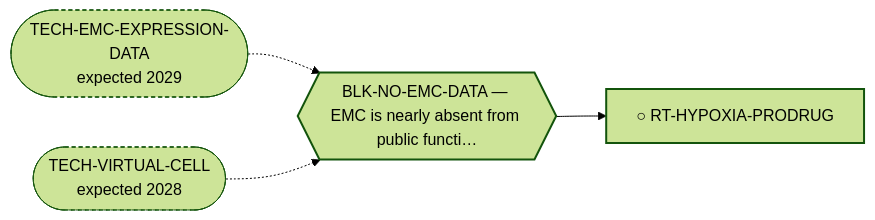
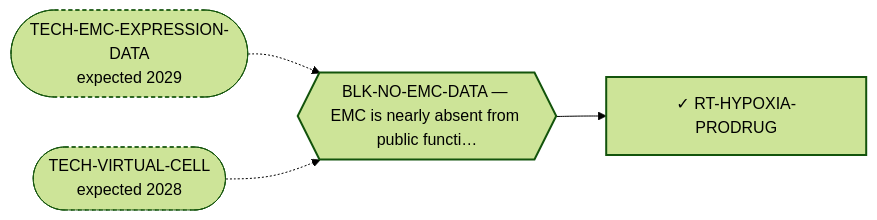
The diagram in systems/views/L2-rt-hypoxia-prodrug.md (trimcrae/Rare-cancers), drawn with Mermaid (forest theme) before and after one commit. The commit also changed other lines of this file and 17 other files, not shown here.

````diff
--- a/systems/views/L2-rt-hypoxia-prodrug.md
+++ b/systems/views/L2-rt-hypoxia-prodrug.md
@@ -27,14 +27,14 @@
 ```mermaid
 flowchart LR
-  RT_HYPOXIA_PRODRUG["○ RT-HYPOXIA-PRODRUG"]:::fam
+  RT_HYPOXIA_PRODRUG["✓ RT-HYPOXIA-PRODRUG"]:::fam
   BLK_NO_EMC_DATA{{"BLK-NO-EMC-DATA — EMC is nearly absent from public functi…"}}:::blk
   BLK_NO_EMC_DATA --> RT_HYPOXIA_PRODRUG
   TECH_EMC_EXPRESSION_DATA(["TECH-EMC-EXPRESSION-DATA<br/>expected 2029"]):::tech
   TECH_EMC_EXPRESSION_DATA -.-> BLK_NO_EMC_DATA
   TECH_VIRTUAL_CELL(["TECH-VIRTUAL-CELL<br/>expected 2028"]):::tech
   TECH_VIRTUAL_CELL -.-> BLK_NO_EMC_DATA
   classDef fam stroke-width:2px;
   classDef blk stroke-width:2px;
   classDef perm stroke-width:4px;
   classDef tech stroke-width:1px,stroke-dasharray:4 3;
 ```
````
